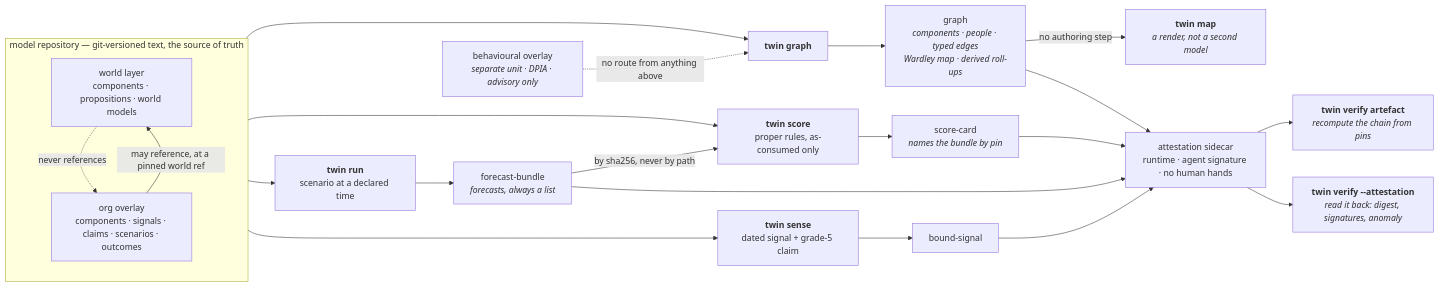
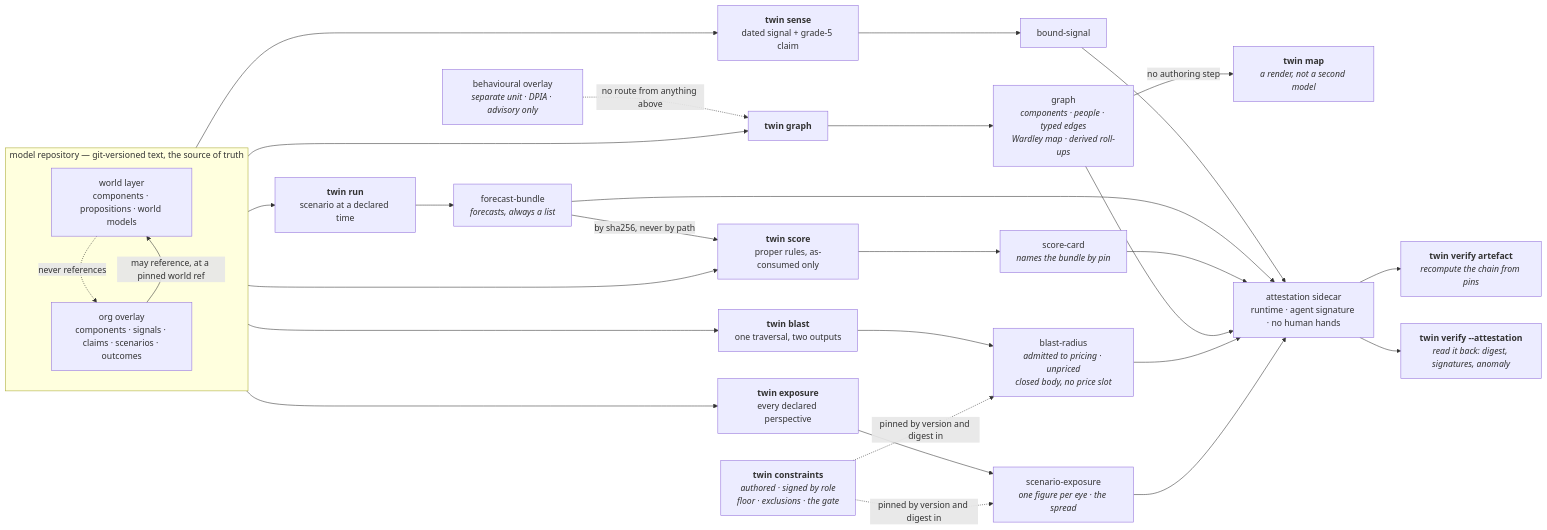
One commit to policy-as-versioned-flux/policy-as-versioned-flux changed the diagram in twin/README.md. Above: the diagram before and after it, drawn with Mermaid. The commit also changed other lines of this file and 31 other files, not shown here.

````diff
--- a/twin/README.md
+++ b/twin/README.md
@@ -39,25 +42,29 @@
 ```mermaid
 flowchart LR
   subgraph repo["model repository — git-versioned text, the source of truth"]
     W["world layer<br/>components · propositions · world models"]
     O["org overlay<br/>components · signals · claims · scenarios · outcomes"]
     O -- "may reference, at a pinned world ref" --> W
     W -. "never references" .-> O
   end
 
   B["behavioural overlay<br/><i>separate unit · DPIA · advisory only</i>"]
 
   S["<b>twin sense</b><br/>dated signal + grade-5 claim"] --> BS["bound-signal"]
   R["<b>twin run</b><br/>scenario at a declared time"] --> FB["forecast-bundle<br/><i>forecasts, always a list</i>"]
   C["<b>twin score</b><br/>proper rules, as-consumed only"] --> SC["score-card<br/><i>names the bundle by pin</i>"]
   G["<b>twin graph</b>"] --> GR["graph<br/><i>components · people · typed edges<br/>Wardley map · derived roll-ups</i>"]
+  BL["<b>twin blast</b><br/>one traversal, two outputs"] --> BR["blast-radius<br/><i>admitted to pricing · unpriced<br/>closed body, no price slot</i>"]
+  X["<b>twin exposure</b><br/>every declared perspective"] --> XP["scenario-exposure<br/><i>one figure per eye · the spread</i>"]
 
-  repo --> S & R & C & G
+  repo --> S & R & C & G & BL & X
   FB -- "by sha256, never by path" --> C
   B -. "no route from anything above" .-> G
   GR -- "no authoring step" --> M["<b>twin map</b><br/><i>a render, not a second model</i>"]
+  CS["<b>twin constraints</b><br/><i>authored · signed by role<br/>floor · exclusions · the gate</i>"]
+  CS -. "pinned by version and digest in" .-> BR & XP
 
-  BS & FB & SC & GR --> A["attestation sidecar<br/>runtime · agent signature · no human hands"]
+  BS & FB & SC & GR & BR & XP --> A["attestation sidecar<br/>runtime · agent signature · no human hands"]
   A --> V["<b>twin verify artefact</b><br/><i>recompute the chain from pins</i>"]
   A --> AT["<b>twin verify --attestation</b><br/><i>read it back: digest, signatures, anomaly</i>"]
 ```
````
